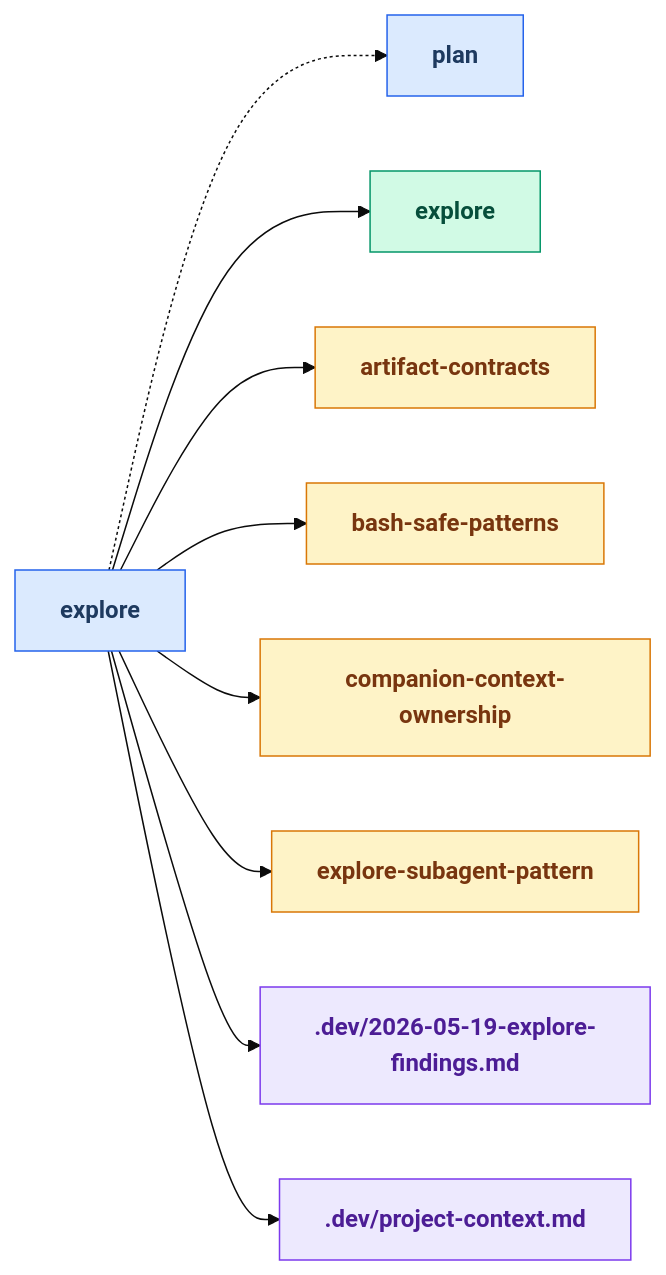
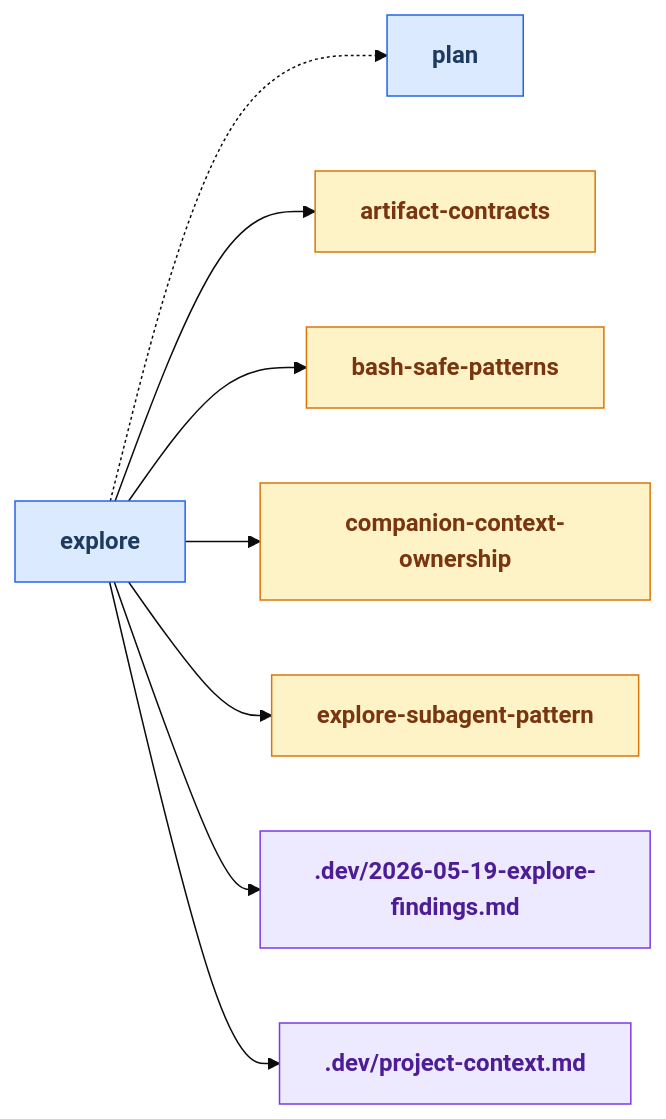
Before and after one commit to russell-laing/al-dev-shared: diagram 15 of 25 in docs/skills_map.md, drawn with Mermaid (base theme). The commit also changed other lines of this file and 14 other files, not shown here.

````diff
--- a/docs/skills_map.md
+++ b/docs/skills_map.md
@@ -776,37 +771,34 @@
 ```mermaid
 flowchart LR
     classDef skillNode fill:#dbeafe,stroke:#2563eb,color:#1e3a5f,font-weight:bold
     classDef agentNode fill:#d1fae5,stroke:#059669,color:#064e3b,font-weight:bold
     classDef knowledgeNode fill:#fef3c7,stroke:#d97706,color:#78350f,font-weight:bold
     classDef artifactNode fill:#ede9fe,stroke:#7c3aed,color:#4c1d95,font-weight:bold
     classDef phaseNode fill:#e0e7ff,stroke:#6366f1,color:#312e81,font-weight:bold
 
     skill_explore[explore]
     skill_plan[plan]
-    agent_explore[explore]
     knowledge_artifact_contracts_md[artifact-contracts]
     knowledge_bash_safe_patterns_md[bash-safe-patterns]
     knowledge_companion_context_ownership_md[companion-context-ownership]
     knowledge_explore_subagent_pattern_md[explore-subagent-pattern]
     artifact_2026_05_19_explore_findings_md[.dev/2026-05-19-explore-findings.md]
     artifact_project_context_md[.dev/project-context.md]
 
     skill_explore -.-> skill_plan
-    skill_explore --> agent_explore
     skill_explore --> knowledge_artifact_contracts_md
     skill_explore --> knowledge_bash_safe_patterns_md
     skill_explore --> knowledge_companion_context_ownership_md
     skill_explore --> knowledge_explore_subagent_pattern_md
     skill_explore --> artifact_2026_05_19_explore_findings_md
     skill_explore --> artifact_project_context_md
 
     class skill_explore skillNode
     class skill_plan skillNode
-    class agent_explore agentNode
     class knowledge_artifact_contracts_md knowledgeNode
     class knowledge_bash_safe_patterns_md knowledgeNode
     class knowledge_companion_context_ownership_md knowledgeNode
     class knowledge_explore_subagent_pattern_md knowledgeNode
     class artifact_2026_05_19_explore_findings_md artifactNode
     class artifact_project_context_md artifactNode
 ```
````
